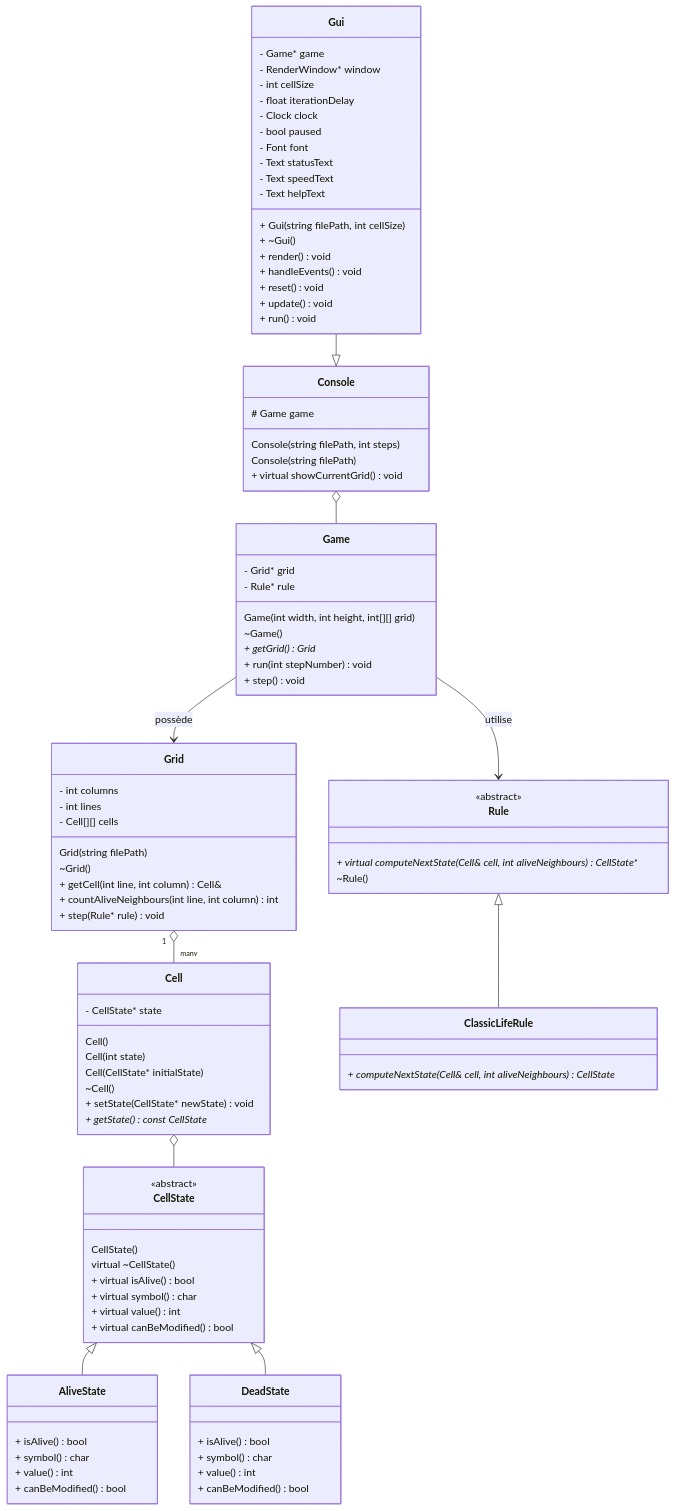
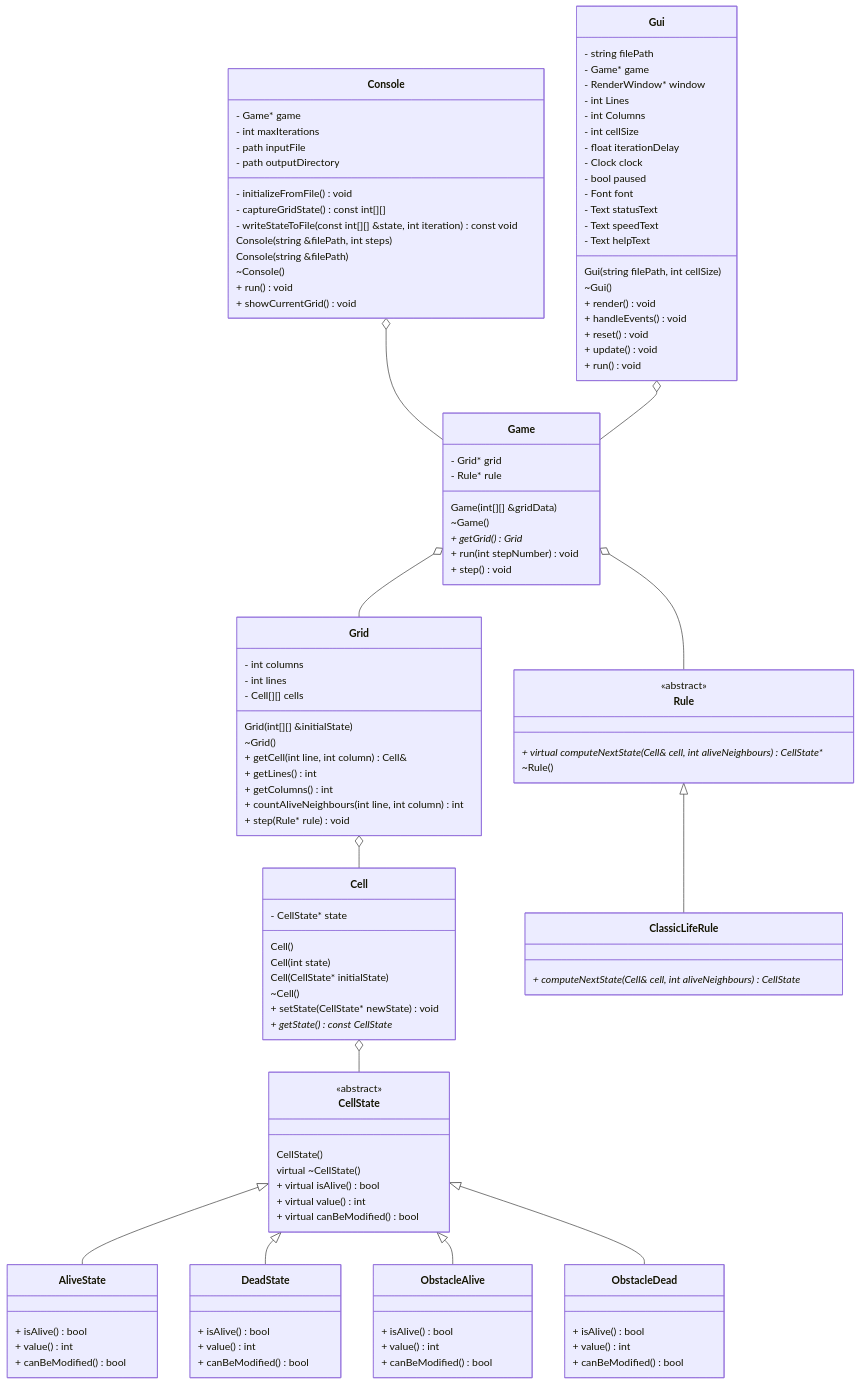
One commit to Vecta6/CESI-Projet-POO-25-26 changed the diagram in diagrams/class_diagram.md. Above: the diagram before and after it, drawn with Mermaid.

Commit message:
Fin diagramme classes

````diff
--- a/diagrams/class_diagram.md
+++ b/diagrams/class_diagram.md
@@ -6,7 +6,7 @@
         - Grid* grid
         - Rule* rule
 
-        Game(int width, int height, int[][] grid)
+        Game(int[][] &gridData)
         ~Game()
         + getGrid() Grid*
         + run(int stepNumber) void
@@ -18,9 +18,11 @@
         - int lines
         - Cell[][] cells
 
-        Grid(string filePath)
+        Grid(int[][] &initialState)
         ~Grid()
         + getCell(int line, int column) Cell&
+        + getLines() int
+        + getColumns() int
         + countAliveNeighbours(int line, int column) int
         + step(Rule* rule) void
     }
@@ -42,21 +44,30 @@
         CellState()
         virtual ~CellState()
         + virtual isAlive() bool
-        + virtual symbol() char
         + virtual value() int
         + virtual canBeModified() bool
     }
 
     class AliveState {
         + isAlive() bool
-        + symbol() char
         + value() int
         + canBeModified() bool
     }
 
     class DeadState {
         + isAlive() bool
-        + symbol() char
+        + value() int
+        + canBeModified() bool
+    }
+
+    class ObstacleAlive{
+        + isAlive() bool
+        + value() int
+        + canBeModified() bool
+    }
+
+    class ObstacleDead{
+        + isAlive() bool
         + value() int
         + canBeModified() bool
     }
@@ -72,18 +83,29 @@
     }
 
     class Console {
-        # Game game
+        - Game* game
+        - int maxIterations
+        - path inputFile 
+        - path outputDirectory
+        - initializeFromFile() void
+        - captureGridState() const int[][]       
+        - writeStateToFile(const int[][] &state, int iteration) const void
 
-        Console(string filePath, int steps)
-        Console(string filePath)
+        Console(string &filePath, int steps)
+        Console(string &filePath)
+        ~Console()
 
-        + virtual showCurrentGrid() void
+        + run() void
+        + showCurrentGrid() void
 
     }
 
     class Gui {
+        - string filePath
         - Game* game
         - RenderWindow* window
+        - int Lines
+        - int Columns
         - int cellSize
         - float iterationDelay
         - Clock clock
@@ -92,8 +114,10 @@
         - Text statusText
         - Text speedText
         - Text helpText
-        + Gui(string filePath, int cellSize)
-        + ~Gui()
+
+        Gui(string filePath, int cellSize)
+        ~Gui()
+
         + render() void
         + handleEvents() void
         + reset() void
@@ -103,17 +127,19 @@
 
     %% --- Relations ---
 
-    Game --> Grid : possède
-    Game --> Rule : utilise
+    Game o-- Grid 
+    Game o-- Rule 
 
-    Grid "1" o-- "many" Cell
+    Grid  o-- Cell
     Cell o-- CellState
 
     CellState <|-- AliveState
     CellState <|-- DeadState
+    CellState <|-- ObstacleAlive
+    CellState <|-- ObstacleDead
 
     Rule <|-- ClassicLifeRule
     Console o-- Game
-    Gui --|> Console
+    Gui o-- Game
 
 ```
````
